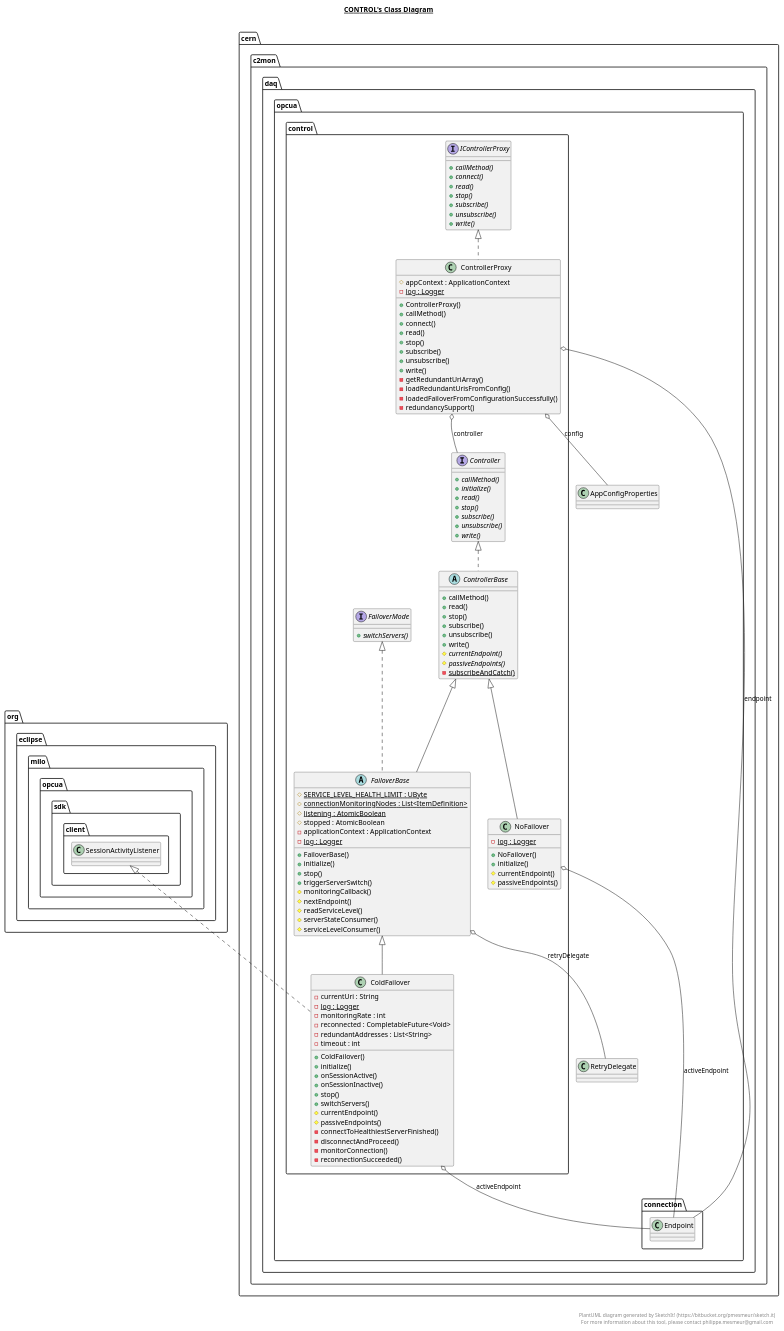
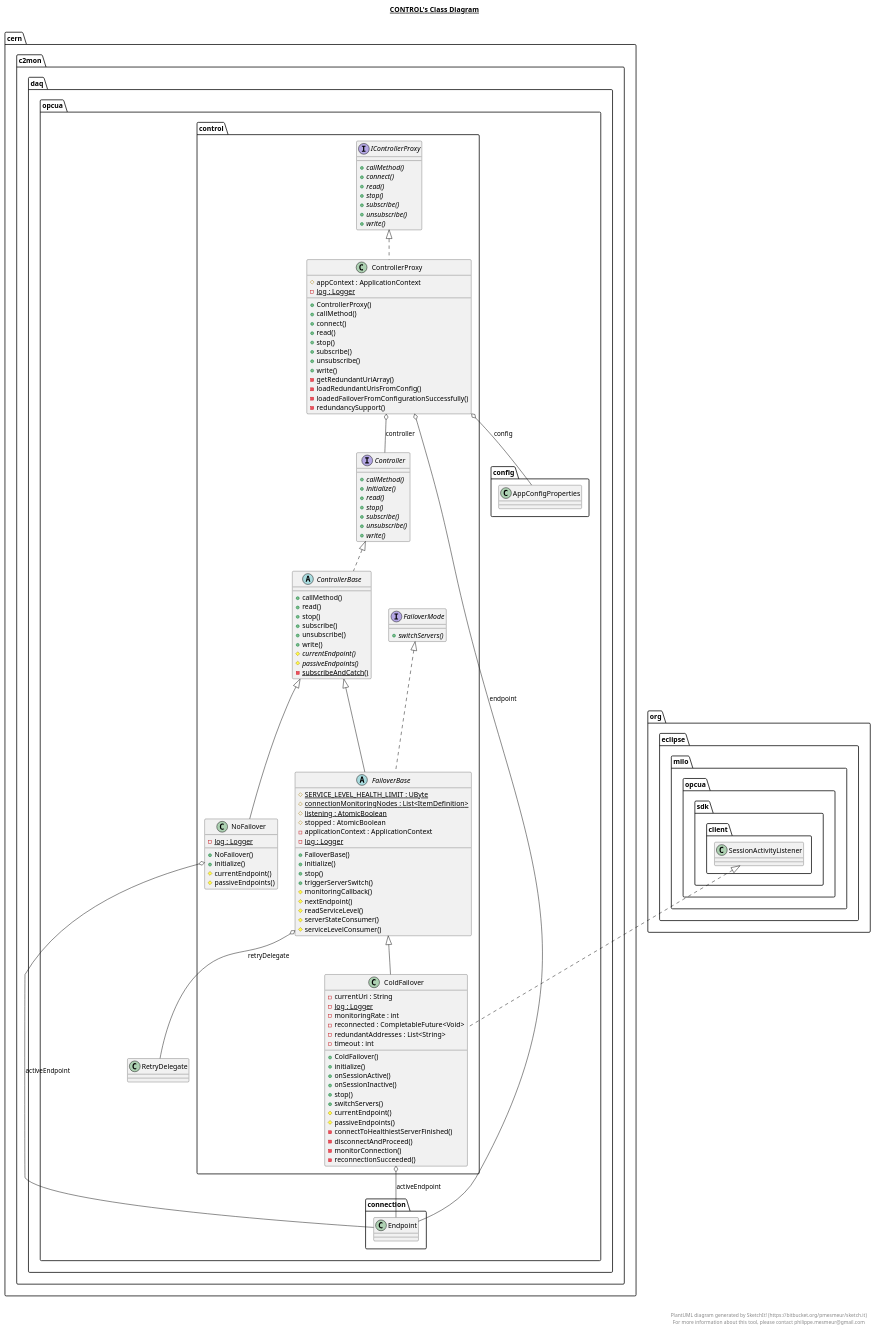
Before and after one commit to c2mon/c2mon-daq-opcua: the diagram in src/main/java/cern/c2mon/daq/opcua/control/control.plantuml, drawn with PlantUML. The commit also changed 56 other files, not shown here.

```diff
--- a/src/main/java/cern/c2mon/daq/opcua/control/control.plantuml
+++ b/src/main/java/cern/c2mon/daq/opcua/control/control.plantuml
@@ -1,167 +1,167 @@
 @startuml
 
 title __CONTROL's Class Diagram__\n
 
   namespace cern.c2mon.daq.opcua {
     namespace control {
       class cern.c2mon.daq.opcua.control.ColdFailover {
           - currentUri : String
           {static} - log : Logger
           - monitoringRate : int
           - reconnected : CompletableFuture<Void>
           - redundantAddresses : List<String>
           - timeout : int
           + ColdFailover()
           + initialize()
           + onSessionActive()
           + onSessionInactive()
           + stop()
           + switchServers()
           # currentEndpoint()
           # passiveEndpoints()
           - connectToHealthiestServerFinished()
           - disconnectAndProceed()
           - monitorConnection()
           - reconnectionSucceeded()
       }
     }
   }
   
 
   namespace cern.c2mon.daq.opcua {
     namespace control {
       interface cern.c2mon.daq.opcua.control.Controller {
           {abstract} + callMethod()
           {abstract} + initialize()
           {abstract} + read()
           {abstract} + stop()
           {abstract} + subscribe()
           {abstract} + unsubscribe()
           {abstract} + write()
       }
     }
   }
   
 
   namespace cern.c2mon.daq.opcua {
     namespace control {
       abstract class cern.c2mon.daq.opcua.control.ControllerBase {
           + callMethod()
           + read()
           + stop()
           + subscribe()
           + unsubscribe()
           + write()
           {abstract} # currentEndpoint()
           {abstract} # passiveEndpoints()
           {static} - subscribeAndCatch()
       }
     }
   }
   
 
   namespace cern.c2mon.daq.opcua {
     namespace control {
       class cern.c2mon.daq.opcua.control.ControllerProxy {
           # appContext : ApplicationContext
           {static} - log : Logger
           + ControllerProxy()
           + callMethod()
           + connect()
           + read()
           + stop()
           + subscribe()
           + unsubscribe()
           + write()
           - getRedundantUriArray()
           - loadRedundantUrisFromConfig()
           - loadedFailoverFromConfigurationSuccessfully()
           - redundancySupport()
       }
     }
   }
   
 
   namespace cern.c2mon.daq.opcua {
     namespace control {
       abstract class cern.c2mon.daq.opcua.control.FailoverBase {
           {static} # SERVICE_LEVEL_HEALTH_LIMIT : UByte
           {static} # connectionMonitoringNodes : List<ItemDefinition>
           {static} # listening : AtomicBoolean
           # stopped : AtomicBoolean
           - applicationContext : ApplicationContext
           {static} - log : Logger
           + FailoverBase()
           + initialize()
           + stop()
           + triggerServerSwitch()
           # monitoringCallback()
           # nextEndpoint()
           # readServiceLevel()
           # serverStateConsumer()
           # serviceLevelConsumer()
       }
     }
   }
   
 
   namespace cern.c2mon.daq.opcua {
     namespace control {
       interface cern.c2mon.daq.opcua.control.FailoverMode {
           {abstract} + switchServers()
       }
     }
   }
   
 
   namespace cern.c2mon.daq.opcua {
     namespace control {
       interface cern.c2mon.daq.opcua.control.IControllerProxy {
           {abstract} + callMethod()
           {abstract} + connect()
           {abstract} + read()
           {abstract} + stop()
           {abstract} + subscribe()
           {abstract} + unsubscribe()
           {abstract} + write()
       }
     }
   }
   
 
   namespace cern.c2mon.daq.opcua {
     namespace control {
       class cern.c2mon.daq.opcua.control.NoFailover {
           {static} - log : Logger
           + NoFailover()
           + initialize()
           # currentEndpoint()
           # passiveEndpoints()
       }
     }
   }
   
 
   cern.c2mon.daq.opcua.control.ColdFailover .up.|> org.eclipse.milo.opcua.sdk.client.SessionActivityListener
   cern.c2mon.daq.opcua.control.ColdFailover -up-|> cern.c2mon.daq.opcua.control.FailoverBase
   cern.c2mon.daq.opcua.control.ColdFailover o-- cern.c2mon.daq.opcua.connection.Endpoint : activeEndpoint
   cern.c2mon.daq.opcua.control.ControllerBase .up.|> cern.c2mon.daq.opcua.control.Controller
   cern.c2mon.daq.opcua.control.ControllerProxy .up.|> cern.c2mon.daq.opcua.control.IControllerProxy
-  cern.c2mon.daq.opcua.control.ControllerProxy o-- cern.c2mon.daq.opcua.AppConfigProperties : config
+  cern.c2mon.daq.opcua.control.ControllerProxy o-- cern.c2mon.daq.opcua.config.AppConfigProperties : config
   cern.c2mon.daq.opcua.control.ControllerProxy o-- cern.c2mon.daq.opcua.control.Controller : controller
   cern.c2mon.daq.opcua.control.ControllerProxy o-- cern.c2mon.daq.opcua.connection.Endpoint : endpoint
   cern.c2mon.daq.opcua.control.FailoverBase .up.|> cern.c2mon.daq.opcua.control.FailoverMode
   cern.c2mon.daq.opcua.control.FailoverBase -up-|> cern.c2mon.daq.opcua.control.ControllerBase
   cern.c2mon.daq.opcua.control.FailoverBase o-- cern.c2mon.daq.opcua.RetryDelegate : retryDelegate
   cern.c2mon.daq.opcua.control.NoFailover -up-|> cern.c2mon.daq.opcua.control.ControllerBase
   cern.c2mon.daq.opcua.control.NoFailover o-- cern.c2mon.daq.opcua.connection.Endpoint : activeEndpoint
 
 
 right footer
 
 
 PlantUML diagram generated by SketchIt! (https://bitbucket.org/pmesmeur/sketch.it)
 For more information about this tool, please contact philippe.mesmeur@gmail.com
 endfooter
 
 @enduml
```
